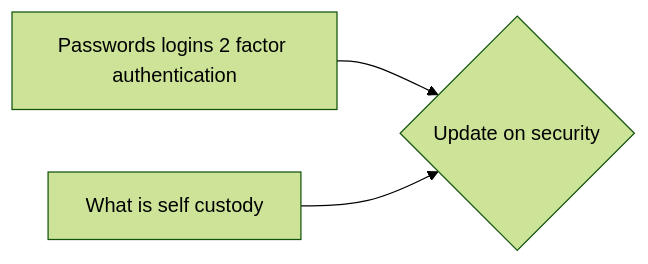
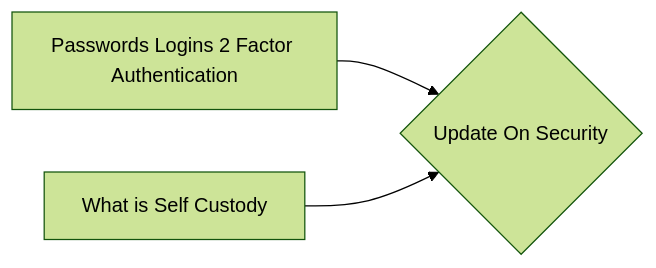
One commit to lpurdy01/crypto-knowledge-map changed the diagram in notes/Update_On_Security.md. Above: the diagram before and after it, drawn with Mermaid (forest theme). The commit also changed 50 other files, not shown here.

````diff
--- a/notes/Update_On_Security.md
+++ b/notes/Update_On_Security.md
@@ -9,5 +9,5 @@
 ```mermaid
 graph LR
-1["Passwords logins 2 factor authentication"]-->0{"Update on security"}
-2["What is self custody"]-->0{"Update on security"}
+1["Passwords Logins 2 Factor Authentication"]-->0{"Update On Security"}
+2["What is Self Custody"]-->0{"Update On Security"}
 ```
````
